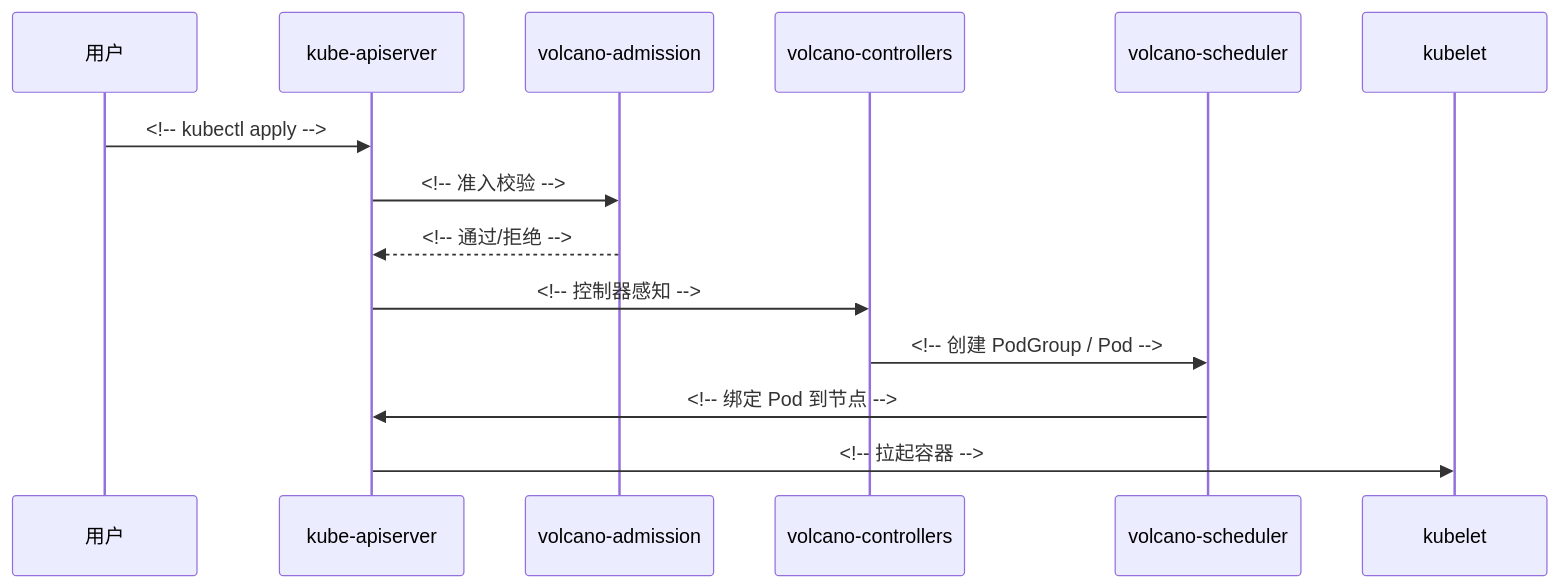
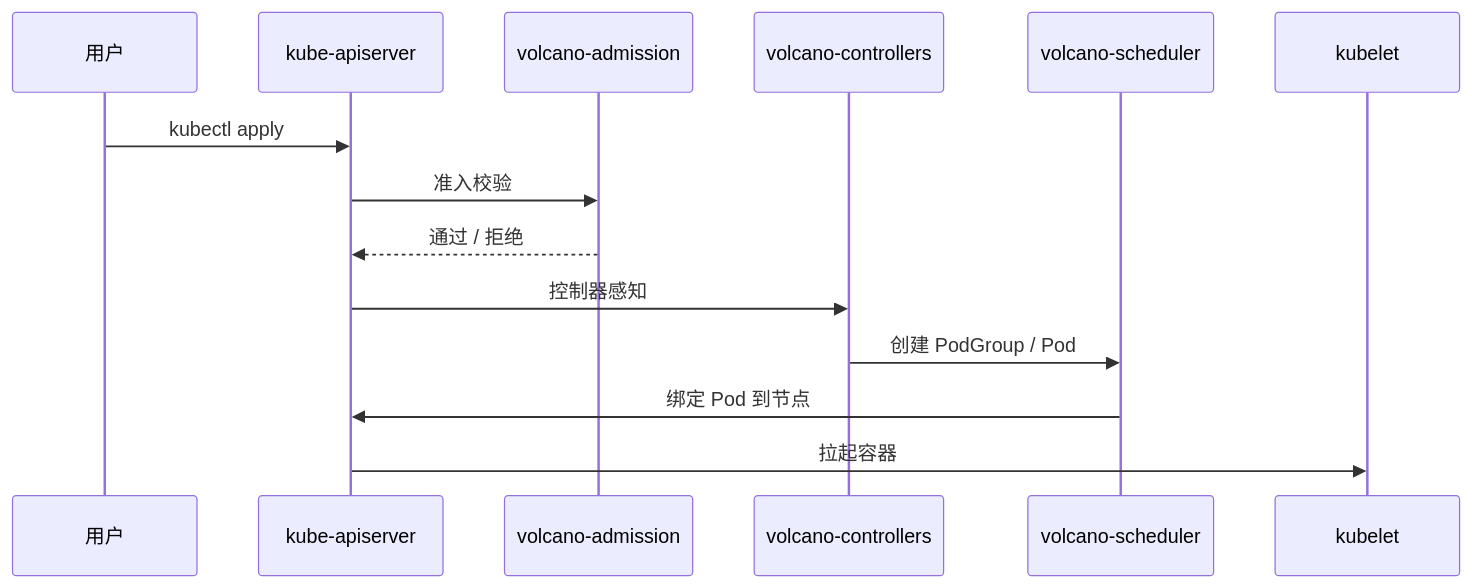
The third of 4 diagrams in reports/tongtianyu/report.md (xiyoubird/volcano-analysis), drawn with Mermaid before and after one commit. The commit also changed other lines of this file and 6 other files, not shown here.

Commit message:
修正图标渲染错误

````diff
--- a/reports/tongtianyu/report.md
+++ b/reports/tongtianyu/report.md
@@ -219,16 +232,16 @@
 ```mermaid
 sequenceDiagram
     participant U as 用户
     participant API as kube-apiserver
     participant W as volcano-admission
     participant C as volcano-controllers
     participant S as volcano-scheduler
     participant K as kubelet
-    U->>API: <!-- kubectl apply -->
-    API->>W: <!-- 准入校验 -->
-    W-->>API: <!-- 通过/拒绝 -->
-    API->>C: <!-- 控制器感知 -->
-    C->>S: <!-- 创建 PodGroup / Pod -->
-    S->>API: <!-- 绑定 Pod 到节点 -->
-    API->>K: <!-- 拉起容器 -->
+    U->>API: kubectl apply
+    API->>W: 准入校验
+    W-->>API: 通过 / 拒绝
+    API->>C: 控制器感知
+    C->>S: 创建 PodGroup / Pod
+    S->>API: 绑定 Pod 到节点
+    API->>K: 拉起容器
 ```
````
